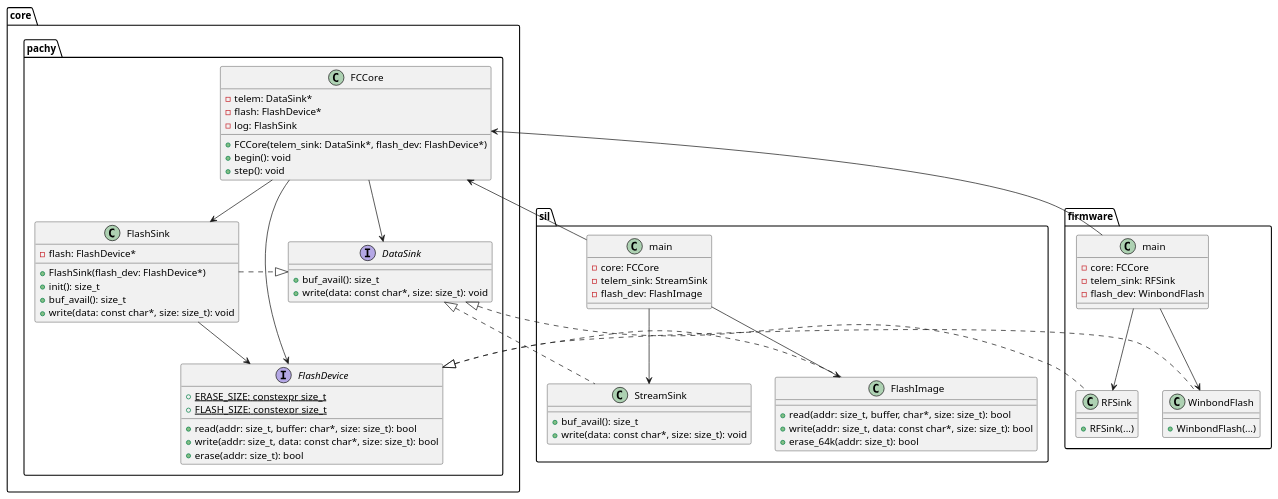
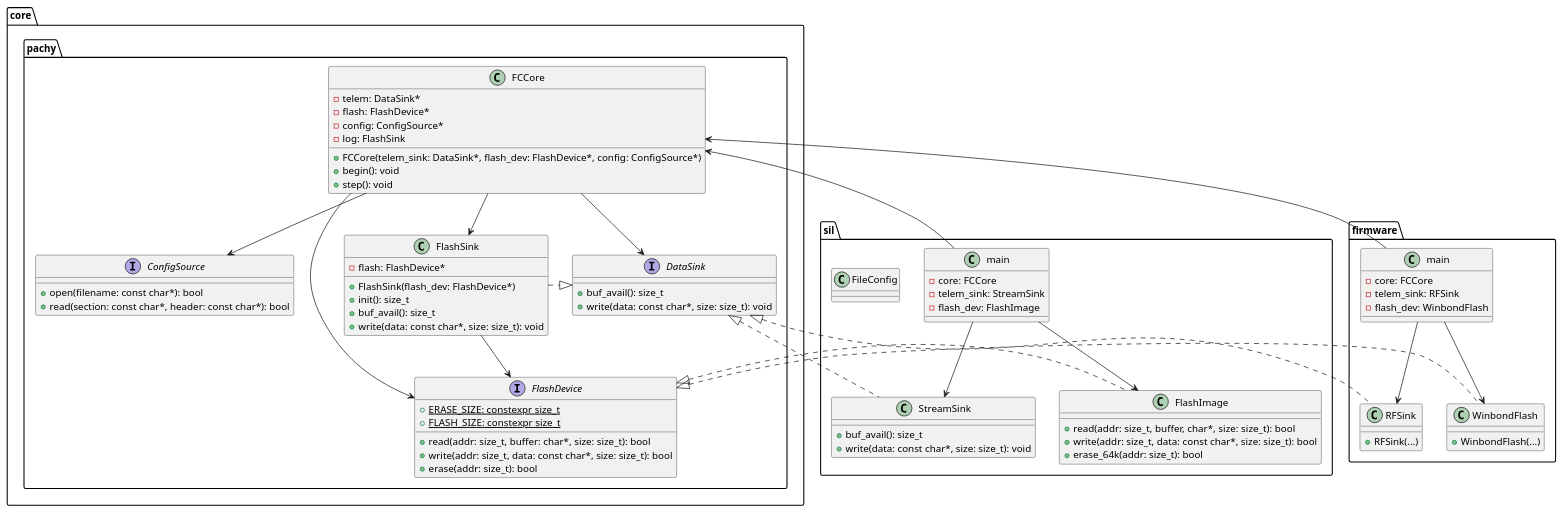
One commit to Rose-Rocketry/pachyderm-fc-core changed the diagram in pachyderm.puml. Above: the diagram before and after it, drawn with PlantUML. The commit also changed 3 other files, not shown here.

```diff
--- a/pachyderm.puml
+++ b/pachyderm.puml
@@ -1,86 +1,97 @@
 @startuml
 
 package core {
     package pachy {
         class FCCore {
             - telem: DataSink*
             - flash: FlashDevice*
+            - config: ConfigSource*
             - log: FlashSink
-            + FCCore(telem_sink: DataSink*, flash_dev: FlashDevice*)
+            + FCCore(telem_sink: DataSink*, flash_dev: FlashDevice*, config: ConfigSource*)
             + begin(): void
             + step(): void
         }
         FCCore --> DataSink
         FCCore --> FlashDevice
         FCCore --> FlashSink
+        FCCore --> ConfigSource
 
         interface DataSink {
             + buf_avail(): size_t
             + write(data: const char*, size: size_t): void
         }
 
         interface FlashDevice {
             + {static} ERASE_SIZE: constexpr size_t 
             + {static} FLASH_SIZE: constexpr size_t
             + read(addr: size_t, buffer: char*, size: size_t): bool
             + write(addr: size_t, data: const char*, size: size_t): bool
             + erase(addr: size_t): bool
+        }
+
+        interface ConfigSource {
+            + open(filename: const char*): bool
+            + read(section: const char*, header: const char*): bool
         }
 
         class FlashSink {
             - flash: FlashDevice*
             + FlashSink(flash_dev: FlashDevice*)
             + init(): size_t
             + buf_avail(): size_t
             + write(data: const char*, size: size_t): void
         }
         FlashSink --> FlashDevice
         FlashSink .r.|> DataSink
     }
 }
 
 package sil {
     class main {
         - core: FCCore
         - telem_sink: StreamSink
         - flash_dev: FlashImage
     }
     main --> core.pachy.FCCore
     main --> StreamSink
     main --> FlashImage
 
     class StreamSink {
         + buf_avail(): size_t
         + write(data: const char*, size: size_t): void
     }
     StreamSink .u.|> core.pachy.DataSink
 
     class FlashImage {
         + read(addr: size_t, buffer, char*, size: size_t): bool
         + write(addr: size_t, data: const char*, size: size_t): bool
         + erase_64k(addr: size_t): bool
     }
     FlashImage .u.|> core.pachy.FlashDevice
+
+    class FileConfig {
+
+    }
 }
 
 package firmware {
     class main {
         - core: FCCore
         - telem_sink: RFSink
         - flash_dev: WinbondFlash
     }
     main --> core.pachy.FCCore
     main --> RFSink
     main --> WinbondFlash
 
     class RFSink {
         + RFSink(...)
     }
     RFSink .u.|> core.pachy.DataSink
 
     class WinbondFlash {
         + WinbondFlash(...)
     }
     WinbondFlash .u.|> core.pachy.FlashDevice
 }
 @enduml
```
